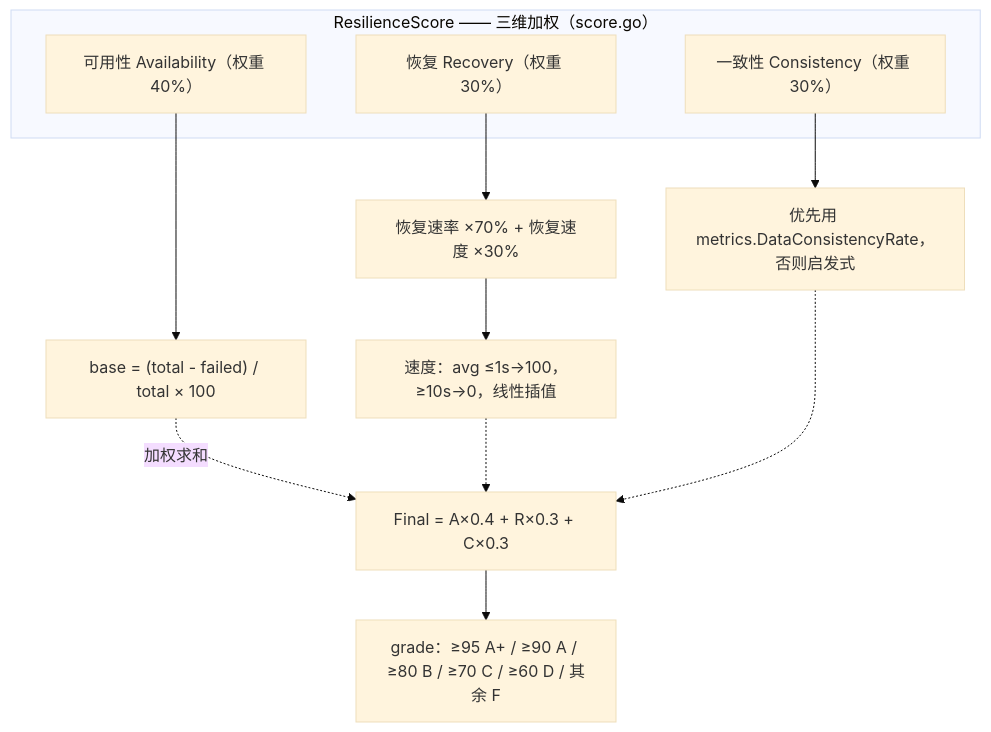
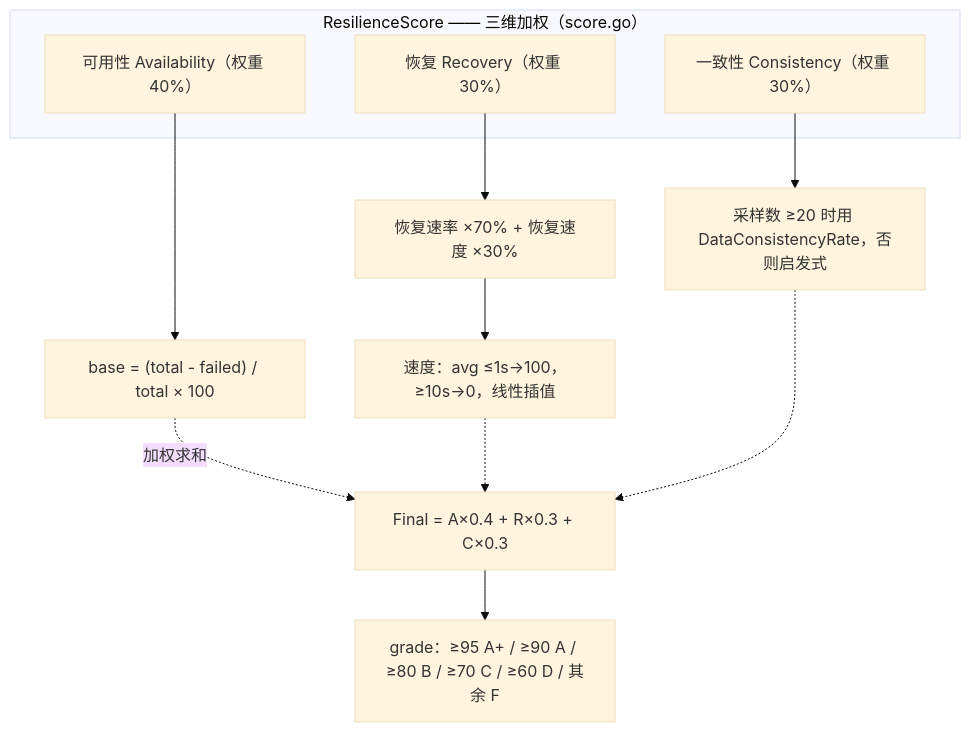
One commit to Timwood0x10/ARES changed the third of 4 diagrams in docs/articles/zh/09-arena-fault-injection-deep-dive.md. Above: the diagram before and after it, drawn with Mermaid (base theme). The commit also changed other lines of this file and 45 other files, not shown here.

Commit message:
feat(observability):  data-consistency observer + MCP tool-bridge mirror

````diff
--- a/docs/articles/zh/09-arena-fault-injection-deep-dive.md
+++ b/docs/articles/zh/09-arena-fault-injection-deep-dive.md
@@ -220,16 +220,16 @@
 ```mermaid
 flowchart TB
     subgraph Score["ResilienceScore —— 三维加权（score.go）"]
         A["可用性 Availability（权重 40%）"]
         R["恢复 Recovery（权重 30%）"]
         C["一致性 Consistency（权重 30%）"]
     end
     A --> A1["base = (total - failed) / total × 100"]
     R --> R1["恢复速率 ×70% + 恢复速度 ×30%"]
     R1 --> R2["速度：avg ≤1s→100，≥10s→0，线性插值"]
-    C --> C1["优先用 metrics.DataConsistencyRate，否则启发式"]
+    C --> C1["采样数 ≥20 时用 DataConsistencyRate，否则启发式"]
     A1 -.加权求和.-> FIN["Final = A×0.4 + R×0.3 + C×0.3"]
     R2 -.-> FIN
     C1 -.-> FIN
     FIN --> G["grade：≥95 A+ / ≥90 A / ≥80 B / ≥70 C / ≥60 D / 其余 F"]
 ```
````
